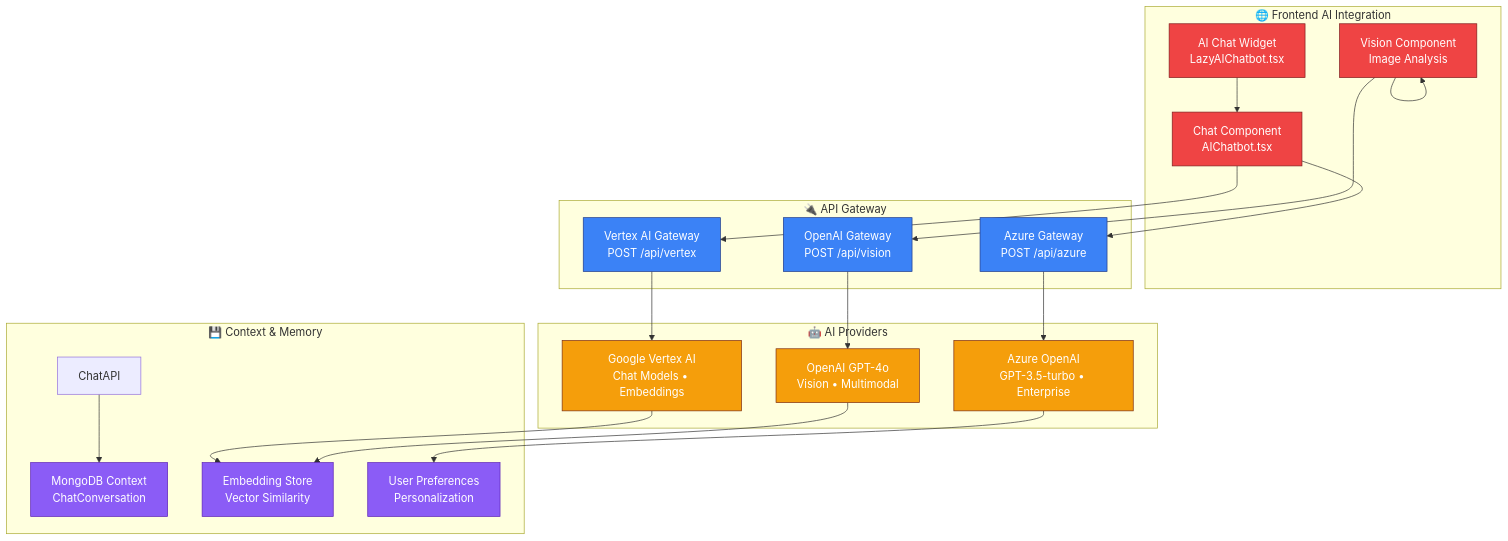
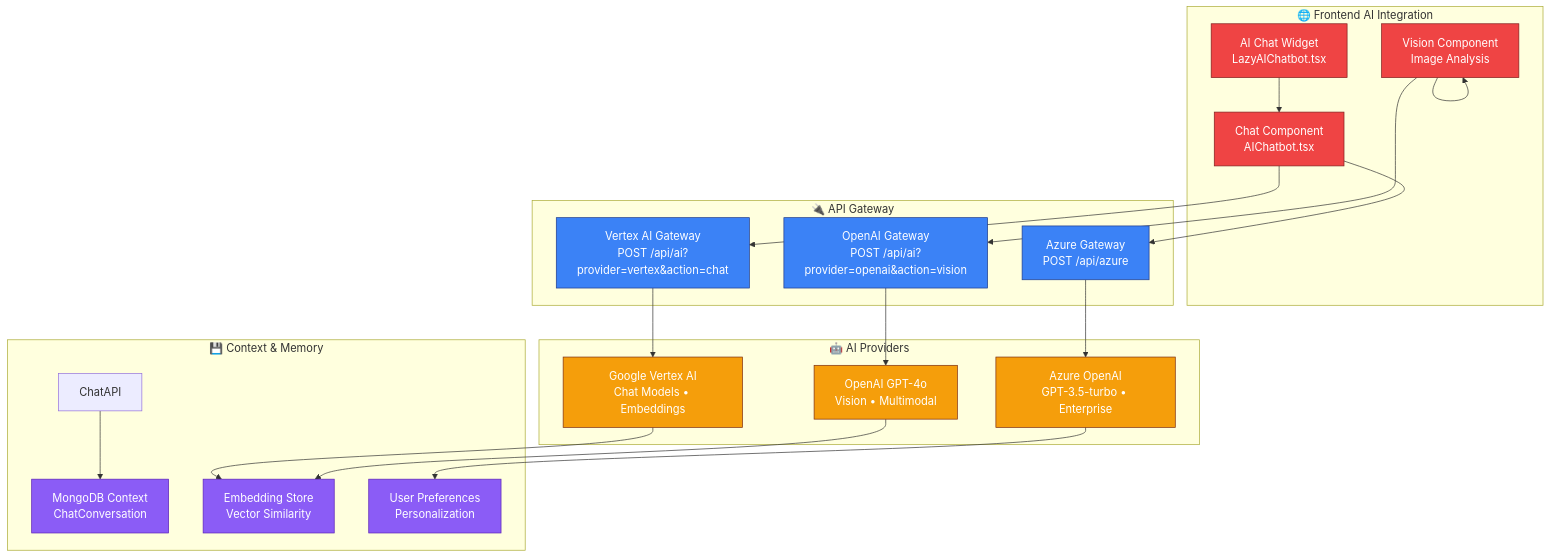
Before and after one commit to lawmight/TCDynamics: the fifth of 9 diagrams in docs/architecture/advanced-full-stack-graph.md, drawn with Mermaid. The commit also changed other lines of this file and 9 other files, not shown here.

First line of the commit message:
docs: update architecture and development documentation

````diff
--- a/docs/architecture/advanced-full-stack-graph.md
+++ b/docs/architecture/advanced-full-stack-graph.md
@@ -315,53 +315,53 @@
 ```mermaid
 graph TB
     subgraph "🌐 Frontend AI Integration"
         ChatWidget[AI Chat Widget<br/>LazyAIChatbot.tsx]
         ChatComponent[Chat Component<br/>AIChatbot.tsx]
         VisionComponent[Vision Component<br/>Image Analysis]
 
         ChatWidget --> ChatComponent
         VisionComponent --> VisionComponent
     end
 
     subgraph "🔌 API Gateway"
-        VertexAPI[Vertex AI Gateway<br/>POST /api/vertex]
-        OpenAIAPI[OpenAI Gateway<br/>POST /api/vision]
+        VertexAPI[Vertex AI Gateway<br/>POST /api/ai?provider=vertex&action=chat]
+        OpenAIAPI[OpenAI Gateway<br/>POST /api/ai?provider=openai&action=vision]
         AzureAPI[Azure Gateway<br/>POST /api/azure]
 
         ChatComponent --> VertexAPI
         ChatComponent --> AzureAPI
         VisionComponent --> OpenAIAPI
     end
 
     subgraph "🤖 AI Providers"
         GoogleVertex[Google Vertex AI<br/>Chat Models • Embeddings]
         OpenAI_GPT[OpenAI GPT-4o<br/>Vision • Multimodal]
         AzureOpenAI[Azure OpenAI<br/>GPT-3.5-turbo • Enterprise]
 
         VertexAPI --> GoogleVertex
         OpenAIAPI --> OpenAI_GPT
         AzureAPI --> AzureOpenAI
     end
 
     subgraph "💾 Context & Memory"
         MongoContext[MongoDB Context<br/>ChatConversation]
         EmbeddingStore[Embedding Store<br/>Vector Similarity]
         UserMemory[User Preferences<br/>Personalization]
 
         GoogleVertex --> EmbeddingStore
         OpenAI_GPT --> EmbeddingStore
         AzureOpenAI --> UserMemory
         ChatAPI --> MongoContext
     end
 
     %% Styling
     classDef frontend fill:#ef4444,stroke:#7f1d1d,color:#ffffff
     classDef gateway fill:#3b82f6,stroke:#1e3a8a,color:#ffffff
     classDef providers fill:#f59e0b,stroke:#7c2d12,color:#ffffff
     classDef memory fill:#8b5cf6,stroke:#5b21b6,color:#ffffff
 
     class ChatWidget,ChatComponent,VisionComponent frontend
     class VertexAPI,OpenAIAPI,AzureAPI gateway
     class GoogleVertex,OpenAI_GPT,AzureOpenAI providers
     class MongoContext,EmbeddingStore,UserMemory memory
 ```
````
